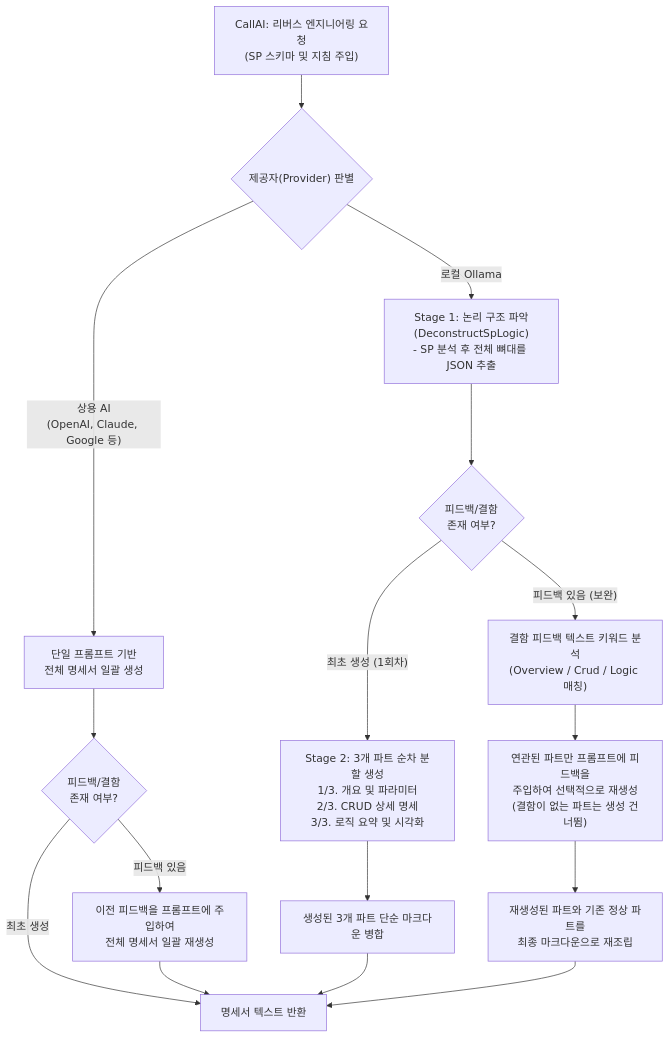
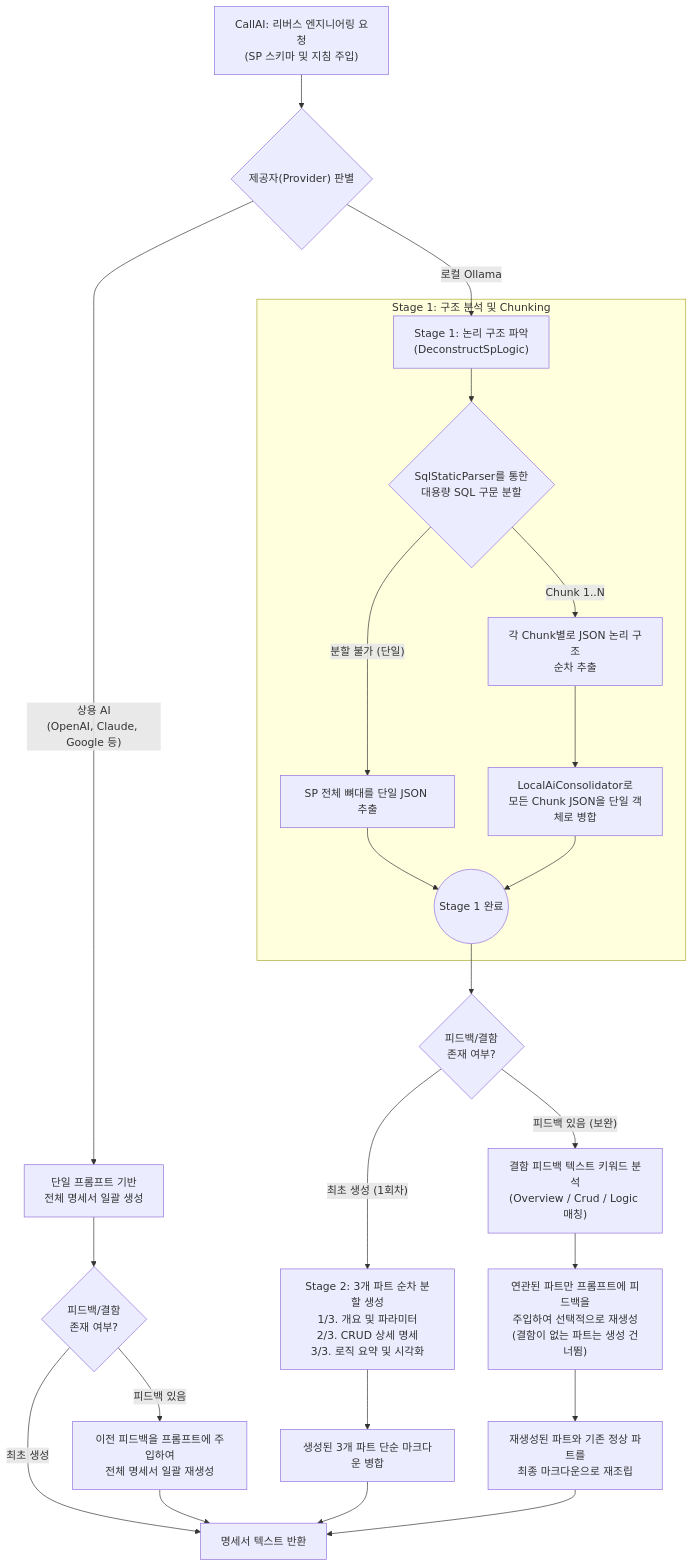
Before and after one commit to moondae815/ReSet: the sixth of 7 diagrams in docs/architecture.md, drawn with Mermaid.

Commit message:
docs: update Mermaid diagram to include Stage 1 Chunking process

````diff
--- a/docs/architecture.md
+++ b/docs/architecture.md
@@ -306,25 +306,36 @@
 ```mermaid
 graph TD
     Start["CallAI: 리버스 엔지니어링 요청<br/>(SP 스키마 및 지침 주입)"] --> ProviderCheck{"제공자(Provider) 판별"}
 
     %% 상용 AI (일괄 생성)
     ProviderCheck -- "상용 AI<br/>(OpenAI, Claude, Google 등)" --> CommercialMono["단일 프롬프트 기반<br/>전체 명세서 일괄 생성"]
     CommercialMono --> CheckFeedback1{"피드백/결함<br/>존재 여부?"}
     CheckFeedback1 -- "최초 생성" --> ReturnSpec["명세서 텍스트 반환"]
     CheckFeedback1 -- "피드백 있음" --> CommercialMonoRe["이전 피드백을 프롬프트에 주입하여<br/>전체 명세서 일괄 재생성"]
     CommercialMonoRe --> ReturnSpec
 
     %% 로컬 Ollama (분할 생성)
-    ProviderCheck -- "로컬 Ollama" --> OllamaDeconstruct["Stage 1: 논리 구조 파악<br/>(DeconstructSpLogic)<br/>- SP 분석 후 전체 뼈대를 JSON 추출"]
-    OllamaDeconstruct --> CheckFeedback2{"피드백/결함<br/>존재 여부?"}
+    ProviderCheck -- "로컬 Ollama" --> OllamaDeconstruct["Stage 1: 논리 구조 파악<br/>(DeconstructSpLogic)"]
+
+    subgraph Stage1["Stage 1: 구조 분석 및 Chunking"]
+        OllamaDeconstruct --> SqlParser{"SqlStaticParser를 통한<br/>대용량 SQL 구문 분할"}
+        SqlParser -- "분할 불가 (단일)" --> ExtractMono["SP 전체 뼈대를 단일 JSON 추출"]
+        SqlParser -- "Chunk 1..N" --> ExtractChunks["각 Chunk별로 JSON 논리 구조<br/>순차 추출"]
+        ExtractChunks --> Consolidator["LocalAiConsolidator로<br/>모든 Chunk JSON을 단일 객체로 병합"]
+        
+        ExtractMono --> Stage1End(("Stage 1 완료"))
+        Consolidator --> Stage1End
+    end
+
+    Stage1End --> CheckFeedback2{"피드백/결함<br/>존재 여부?"}
     
     CheckFeedback2 -- "최초 생성 (1회차)" --> OllamaSeqAll["Stage 2: 3개 파트 순차 분할 생성<br/>1/3. 개요 및 파라미터<br/>2/3. CRUD 상세 명세<br/>3/3. 로직 요약 및 시각화"]
     OllamaSeqAll --> OllamaAssemble["생성된 3개 파트 단순 마크다운 병합"]
     
     CheckFeedback2 -- "피드백 있음 (보완)" --> OllamaFeedbackParse["결함 피드백 텍스트 키워드 분석<br/>(Overview / Crud / Logic 매칭)"]
     OllamaFeedbackParse --> OllamaSeqSelective["연관된 파트만 프롬프트에 피드백을<br/>주입하여 선택적으로 재생성<br/>(결함이 없는 파트는 생성 건너뜀)"]
     OllamaSeqSelective --> OllamaAssembleSelective["재생성된 파트와 기존 정상 파트를<br/>최종 마크다운으로 재조립"]
     
     OllamaAssemble --> ReturnSpec
     OllamaAssembleSelective --> ReturnSpec
 ```
````
